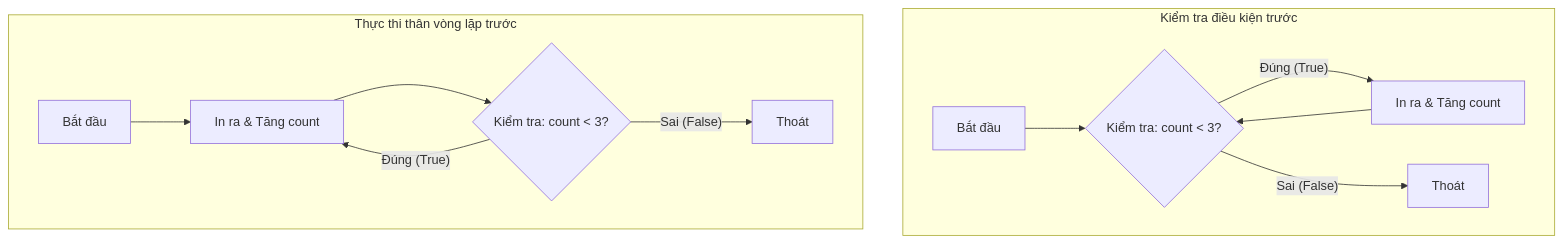
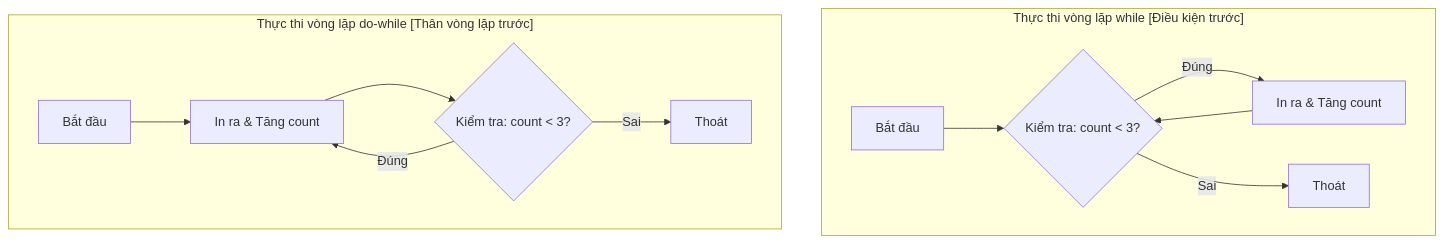
One commit to PhuThien2005/theoretical-of-java-core changed the first of 3 diagrams in vi/06-control-flow/theory/02-loops.md. Above: the diagram before and after it, drawn with Mermaid. The commit also changed other lines of this file and 229 other files, not shown here.

````diff
--- a/vi/06-control-flow/theory/02-loops.md
+++ b/vi/06-control-flow/theory/02-loops.md
@@ -39,15 +39,15 @@
 ```mermaid
 graph TD
-    subgraph while Loop Execution [Kiểm tra điều kiện trước]
+    subgraph "Thực thi vòng lặp while [Điều kiện trước]"
         w_start["Bắt đầu"] --> w_cond{"Kiểm tra: count < 3?"}
-        w_cond -- Đúng (True) --> w_body["In ra & Tăng count"]
+        w_cond -- Đúng --> w_body["In ra & Tăng count"]
         w_body --> w_cond
-        w_cond -- Sai (False) --> w_end["Thoát"]
+        w_cond -- Sai --> w_end["Thoát"]
     end
-    subgraph do-while Loop Execution [Thực thi thân vòng lặp trước]
+    subgraph "Thực thi vòng lặp do-while [Thân vòng lặp trước]"
         d_start["Bắt đầu"] --> d_body["In ra & Tăng count"]
         d_body --> d_cond{"Kiểm tra: count < 3?"}
-        d_cond -- Đúng (True) --> d_body
-        d_cond -- Sai (False) --> d_end["Thoát"]
+        d_cond -- Đúng --> d_body
+        d_cond -- Sai --> d_end["Thoát"]
     end
 ```
````
